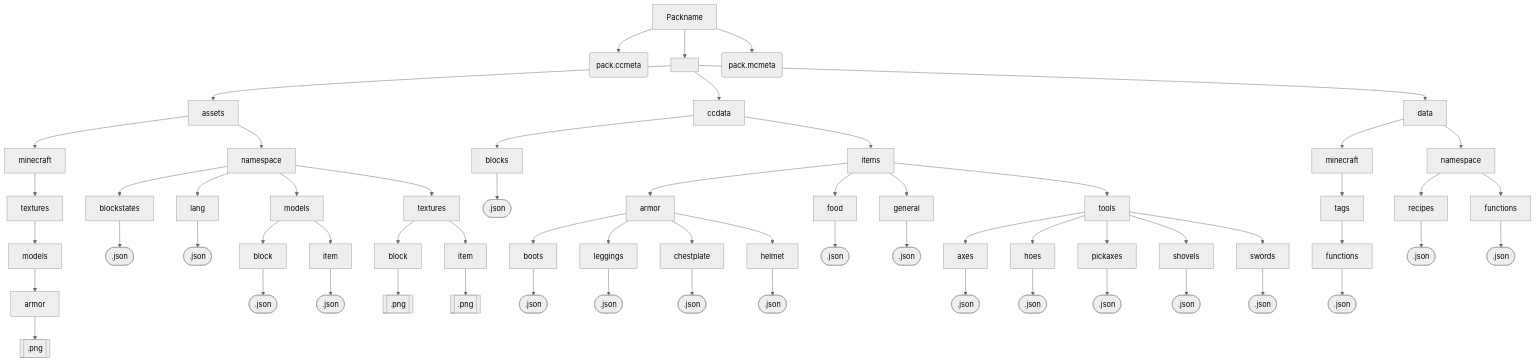
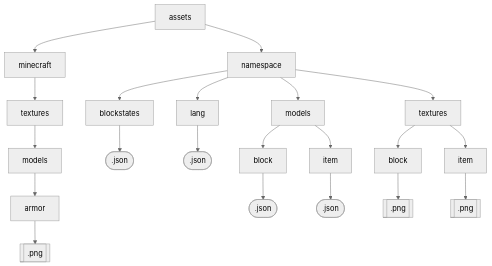
Before and after one commit to MisionThi/ccpack-docs: the second of 4 diagrams in docs/index.md, drawn with Mermaid (neutral theme).

````diff
--- a/docs/index.md
+++ b/docs/index.md
@@ -9,42 +27,14 @@
 ```mermaid
 graph TD
-A[Packname]
-A --> C(pack.ccmeta)
-A --> B[ ]
-A --> D(pack.mcmeta)
-
-B --> E[assets]
+E[assets]
 E --> E1[minecraft] --> E1.1[textures] --> E1.2[models] --> E1.3[armor] --> E1.4[[.png]]
 E --> E2[namespace]
 E2 --> E2.1[blockstates] --> E2.1.1([.json])
 E2 --> E2.2[lang] --> E2.2.1([.json])
 E2 --> E2.3[models]
 E2.3 --> E2.3.1[block] --> E2.3.1.1([.json])
 E2.3 --> E2.3.2[item] --> E2.3.2.1([.json])
 E2 --> E2.4[textures]
 E2.4 --> E2.4.1[block] --> E2.4.1.1[[.png]]
 E2.4 --> E2.4.2[item] --> E2.4.2.1[[.png]]
-
-B --> F[ccdata]
-F --> FA[blocks] --> FAA([.json])
-F --> FB[items]
-FB --> FBA[armor]
-FBA --> FBAA[boots] --> FBAAA([.json])
-FBA --> FBAB[leggings] --> FBABA([.json])
-FBA --> FBAC[chestplate] --> FBACA([.json])
-FBA --> FBAD[helmet] --> FBADA([.json])
-FB --> FBB[food] --> FBBA([.json])
-FB --> FBC[general] --> FBCA([.json])
-FB --> FBD[tools]
-FBD --> FBDA[axes] --> FBDAA([.json])
-FBD --> FBDB[hoes] --> FBDBA([.json])
-FBD --> FBDC[pickaxes] --> FBDCA([.json])
-FBD --> FBDD[shovels] --> FBDDA([.json])
-FBD --> FBDE[swords] --> FBDEA([.json])
-
-B --> G[data]
-G --> GA[minecraft] --> GAA[tags] --> GAAA[functions] --> GAAAA([.json])
-G --> GB[namespace]
-GB --> GBA[recipes] --> GBAA([.json])
-GB --> GBB[functions] -->GBBA([.json])
 ```
````
